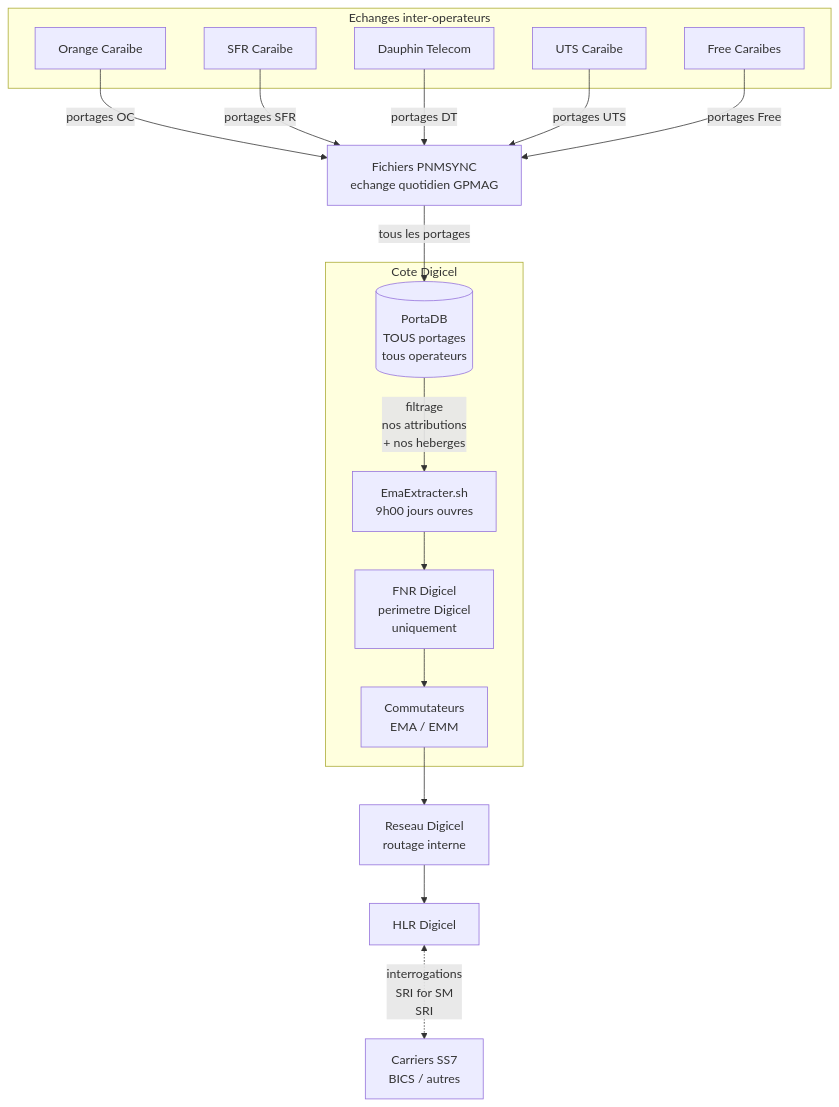
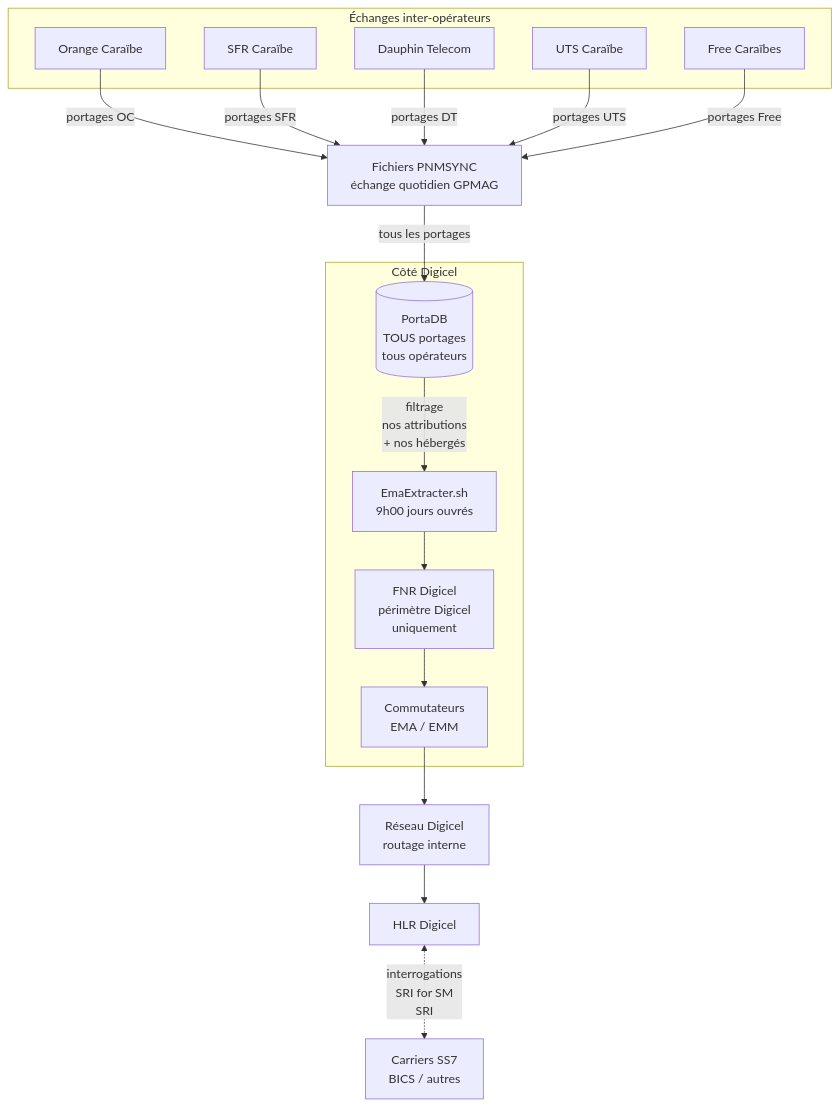
One commit to steeven-js/pnm-app changed the first of 3 diagrams in docs/operations/gpmag/fnr-perimetre-visibilite.md. Above: the diagram before and after it, drawn with Mermaid. The commit also changed other lines of this file, not shown here.

First line of the commit message:
Fix accents manquants dans fnr-perimetre-visibilite.md

````diff
--- a/docs/operations/gpmag/fnr-perimetre-visibilite.md
+++ b/docs/operations/gpmag/fnr-perimetre-visibilite.md
@@ -29,39 +29,39 @@
 ```mermaid
 flowchart TD
-    subgraph "Echanges inter-operateurs"
-        OC[Orange Caraibe]
-        SFR[SFR Caraibe]
+    subgraph "Échanges inter-opérateurs"
+        OC[Orange Caraïbe]
+        SFR[SFR Caraïbe]
         DT[Dauphin Telecom]
-        UTS[UTS Caraibe]
-        FREE[Free Caraibes]
+        UTS[UTS Caraïbe]
+        FREE[Free Caraïbes]
     end
 
-    PNMSYNC[Fichiers PNMSYNC<br/>echange quotidien GPMAG]
+    PNMSYNC[Fichiers PNMSYNC<br/>échange quotidien GPMAG]
 
     OC -->|portages OC| PNMSYNC
     SFR -->|portages SFR| PNMSYNC
     DT -->|portages DT| PNMSYNC
     UTS -->|portages UTS| PNMSYNC
     FREE -->|portages Free| PNMSYNC
 
     PNMSYNC -->|tous les portages| PortaDB
 
-    subgraph "Cote Digicel"
-        PortaDB[(PortaDB<br/>TOUS portages<br/>tous operateurs)]
-        EmaExtracter[EmaExtracter.sh<br/>9h00 jours ouvres]
-        FNR[FNR Digicel<br/>perimetre Digicel<br/>uniquement]
+    subgraph "Côté Digicel"
+        PortaDB[(PortaDB<br/>TOUS portages<br/>tous opérateurs)]
+        EmaExtracter[EmaExtracter.sh<br/>9h00 jours ouvrés]
+        FNR[FNR Digicel<br/>périmètre Digicel<br/>uniquement]
         EMA[Commutateurs<br/>EMA / EMM]
 
-        PortaDB -->|filtrage<br/>nos attributions<br/>+ nos heberges| EmaExtracter
+        PortaDB -->|filtrage<br/>nos attributions<br/>+ nos hébergés| EmaExtracter
         EmaExtracter --> FNR
         FNR --> EMA
     end
 
-    Reseau[Reseau Digicel<br/>routage interne]
+    Reseau[Réseau Digicel<br/>routage interne]
     EMA --> Reseau
 
     Carrier[Carriers SS7<br/>BICS / autres]
     HLR[HLR Digicel]
     Reseau --> HLR
     HLR <-.->|interrogations<br/>SRI for SM<br/>SRI| Carrier
 ```
````
